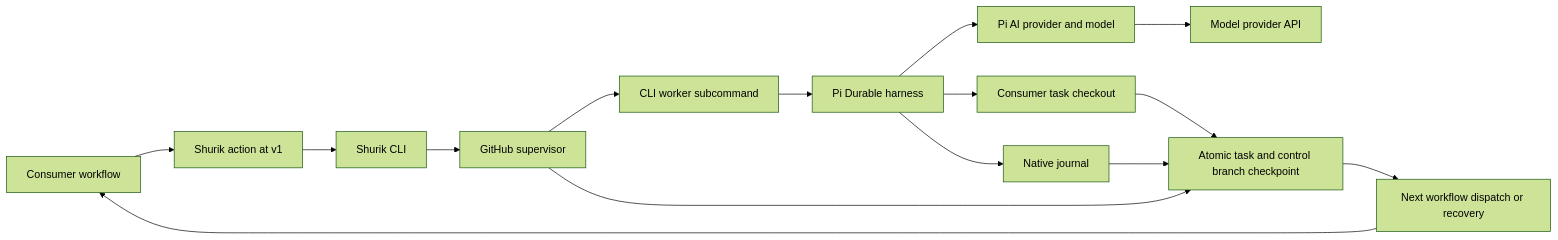
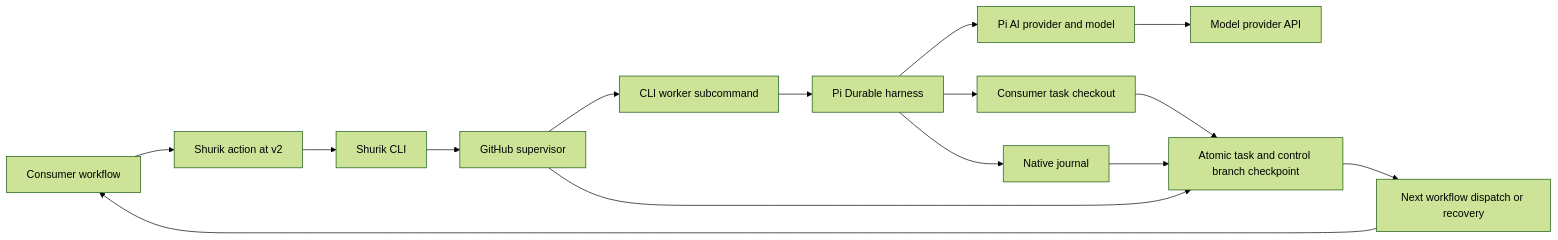
Before and after one commit to igor-makarov/shurik: the diagram in ARCHITECTURE.md, drawn with Mermaid (forest theme). The commit also changed other lines of this file and 25 other files, not shown here.

````diff
--- a/ARCHITECTURE.md
+++ b/ARCHITECTURE.md
@@ -7,17 +7,17 @@
 ```mermaid
 flowchart LR
-  Y[Consumer workflow] --> A[Shurik action at v1]
+  Y[Consumer workflow] --> A[Shurik action at v2]
   A --> C[Shurik CLI]
   C --> S[GitHub supervisor]
   S --> W[CLI worker subcommand]
   W --> P[Pi Durable harness]
   P --> M[Pi AI provider and model]
   M --> V[Model provider API]
   P --> T[Consumer task checkout]
   P --> J[Native journal]
   S --> G[Atomic task and control branch checkpoint]
   J --> G
   T --> G
   G --> R[Next workflow dispatch or recovery]
   R --> Y
 ```
````
